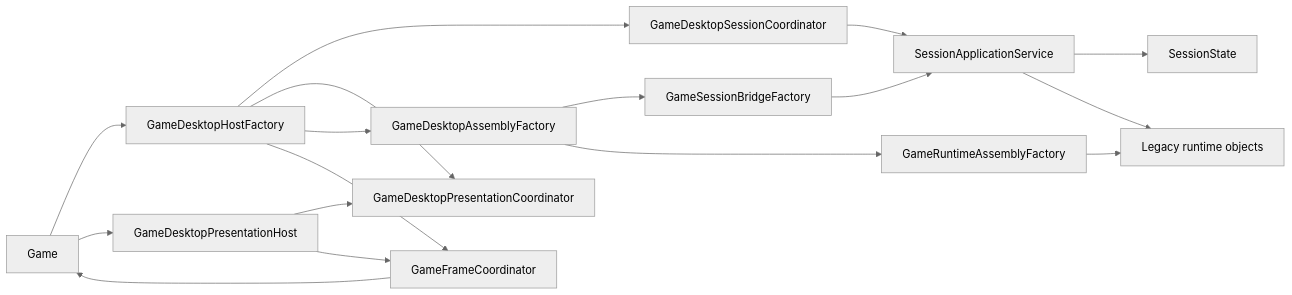
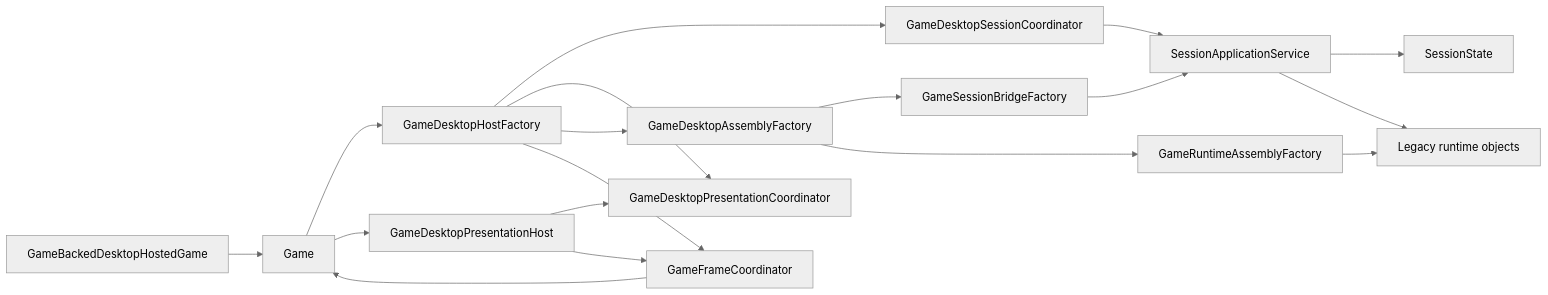
One commit to Jukkakot/MonopolyApp changed the third of 6 diagrams in docs/architecture-overview-diagrams.md. Above: the diagram before and after it, drawn with Mermaid (neutral theme). The commit also changed other lines of this file and 6 other files, not shown here.

Commit message:
Introduce adapter for hosted desktop game

````diff
--- a/docs/architecture-overview-diagrams.md
+++ b/docs/architecture-overview-diagrams.md
@@ -209,32 +212,34 @@
 ```mermaid
 flowchart LR
     GAME[Game]
+    HOSTEDADAPTER[GameBackedDesktopHostedGame]
     HOSTFACTORY[GameDesktopHostFactory]
     SHELLSESSION[GameDesktopSessionCoordinator]
     SHELLPRESENT[GameDesktopPresentationCoordinator]
     ASSEMBLY[GameDesktopAssemblyFactory]
     PRESENTATION[GameDesktopPresentationHost]
     SESSIONBRIDGE[GameSessionBridgeFactory]
     RUNTIME[GameRuntimeAssemblyFactory]
     FRAME[GameFrameCoordinator]
     APP[SessionApplicationService]
     STATE[SessionState]
     LEGACY[Legacy runtime objects]
 
     GAME --> HOSTFACTORY
+    HOSTEDADAPTER --> GAME
     HOSTFACTORY --> SHELLSESSION
     HOSTFACTORY --> SHELLPRESENT
     HOSTFACTORY --> ASSEMBLY
     GAME --> PRESENTATION
     PRESENTATION --> SHELLPRESENT
     PRESENTATION --> FRAME
     ASSEMBLY --> SESSIONBRIDGE
     ASSEMBLY --> RUNTIME
     HOSTFACTORY --> FRAME
     SESSIONBRIDGE --> APP
     SHELLSESSION --> APP
     APP --> STATE
     RUNTIME --> LEGACY
     APP --> LEGACY
     FRAME --> GAME
 ```
````
